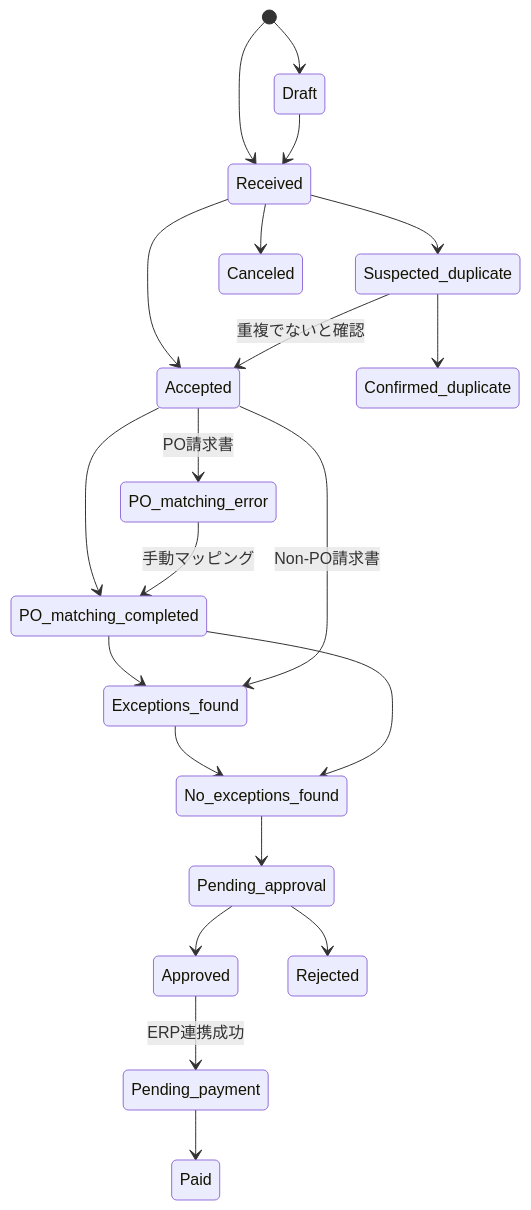
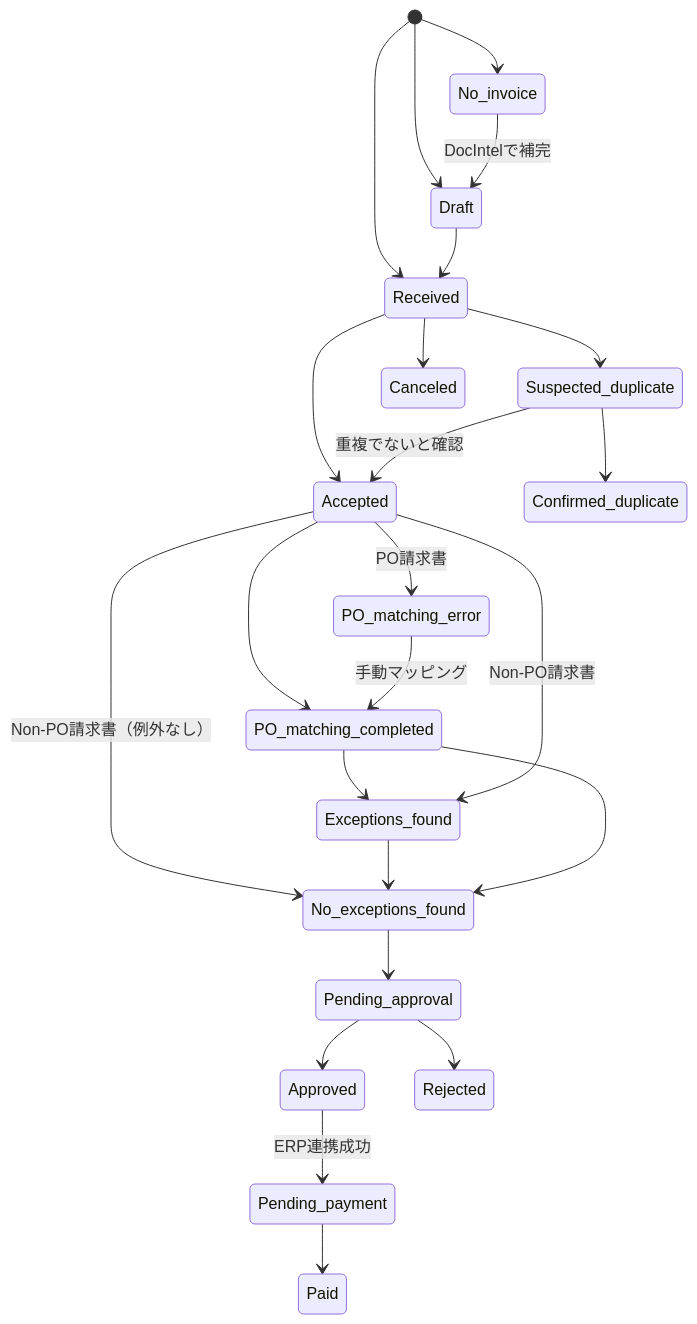
The second of 2 diagrams in ServiceNow/02_リファレンス/other/finance-supply-chain-esg.md (hidefumiagata/platform-doc), drawn with Mermaid before and after one commit. The commit also changed other lines of this file and 346 other files, not shown here.

````diff
--- a/ServiceNow/02_リファレンス/other/finance-supply-chain-esg.md
+++ b/ServiceNow/02_リファレンス/other/finance-supply-chain-esg.md
@@ -574,23 +620,26 @@
 ```mermaid
 stateDiagram-v2
+  [*] --> No_invoice
   [*] --> Draft
   [*] --> Received
+  No_invoice --> Draft: DocIntelで補完
   Draft --> Received
   Received --> Suspected_duplicate
   Received --> Accepted
   Suspected_duplicate --> Accepted: 重複でないと確認
   Suspected_duplicate --> Confirmed_duplicate
   Accepted --> PO_matching_error: PO請求書
   Accepted --> PO_matching_completed
   PO_matching_error --> PO_matching_completed: 手動マッピング
   PO_matching_completed --> Exceptions_found
   Accepted --> Exceptions_found: Non-PO請求書
+  Accepted --> No_exceptions_found: Non-PO請求書（例外なし）
   Exceptions_found --> No_exceptions_found
   PO_matching_completed --> No_exceptions_found
   No_exceptions_found --> Pending_approval
   Pending_approval --> Approved
   Pending_approval --> Rejected
   Approved --> Pending_payment: ERP連携成功
   Pending_payment --> Paid
   Received --> Canceled
 ```
````
